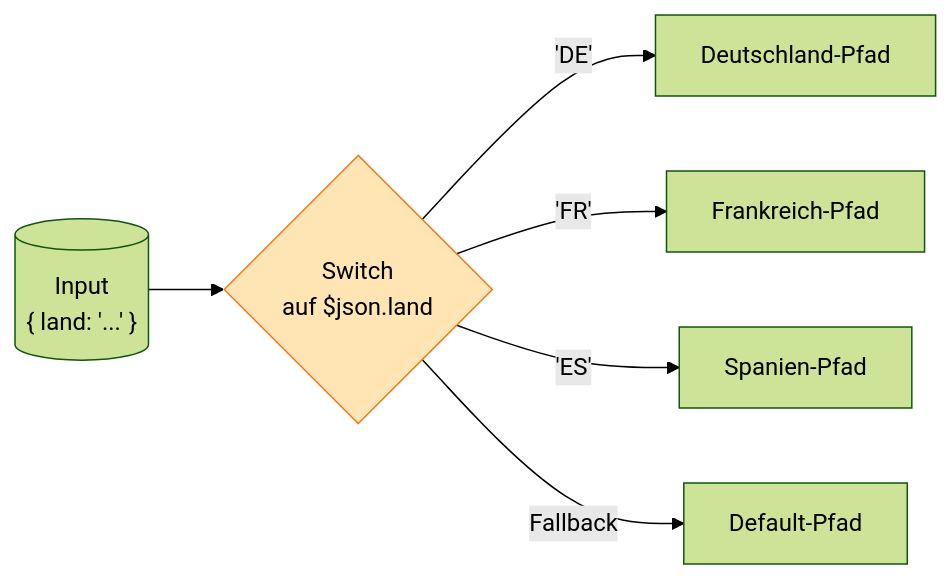
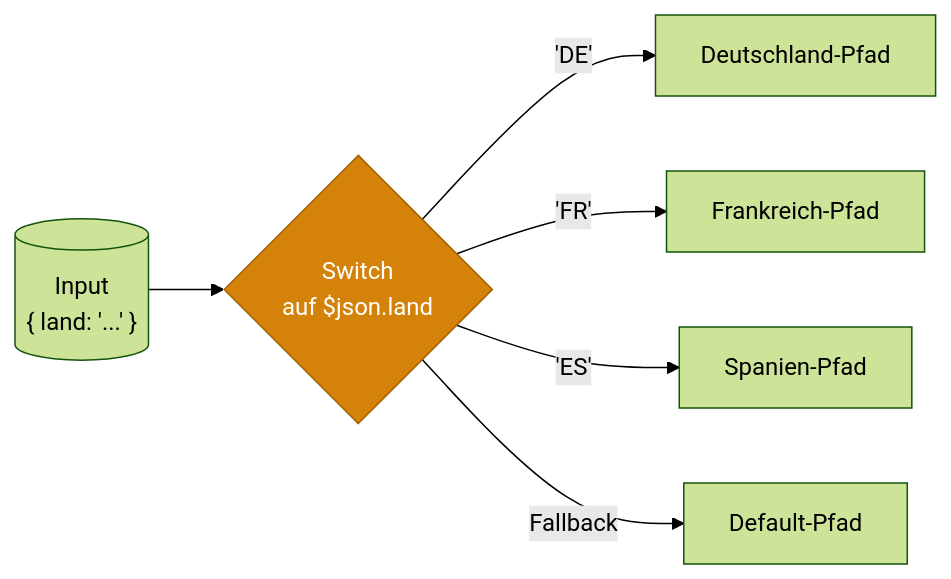
Before and after one commit to ericleddin/m4-n8n-demos: the fourth of 15 diagrams in docs/n8n_learning/n8n_Datenfluss_Kompendium_v2.md, drawn with Mermaid (forest theme). The commit also changed other lines of this file and 4 other files, not shown here.

Commit message:
Add AI agent, LLM, and n8n developer guides; standardize Mermaid colors

````diff
--- a/docs/n8n_learning/n8n_Datenfluss_Kompendium_v2.md
+++ b/docs/n8n_learning/n8n_Datenfluss_Kompendium_v2.md
@@ -148,10 +148,10 @@
 ```mermaid
 flowchart LR
     In[("Input<br/>{ land: '...' }")] --> SW{Switch<br/>auf $json.land}
     SW -- 'DE' --> DE[Deutschland-Pfad]
     SW -- 'FR' --> FR[Frankreich-Pfad]
     SW -- 'ES' --> ES[Spanien-Pfad]
     SW -- "Fallback" --> X[Default-Pfad]
 
-    style SW fill:#ffe5b4,stroke:#e67e22
+    style SW fill:#d4820a,stroke:#a06200,color:#fff
 ```
````
